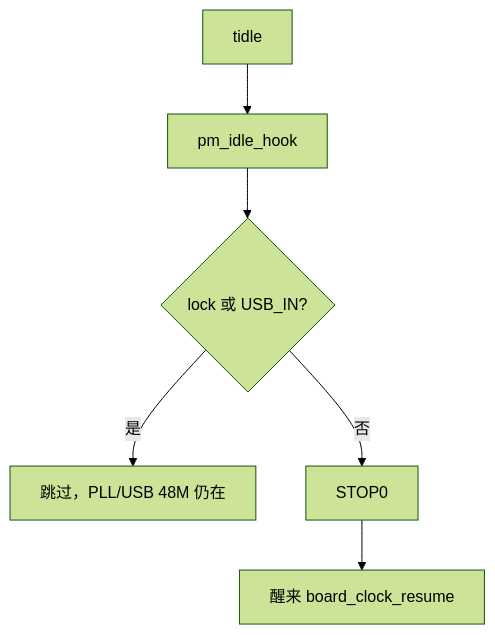
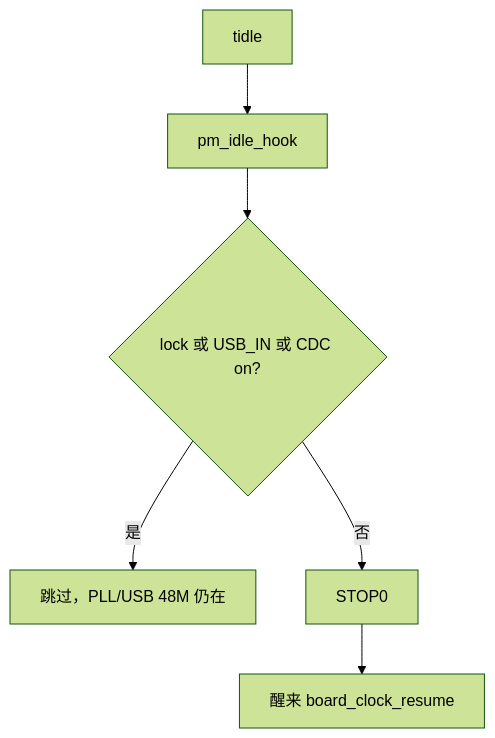
The first of 2 diagrams in BSP/pm/flow.md (fenglong2018/MB-A01-PRO), drawn with Mermaid (forest theme) before and after one commit. The commit also changed other lines of this file and 86 other files, not shown here.

````diff
--- a/BSP/pm/flow.md
+++ b/BSP/pm/flow.md
@@ -7,8 +7,8 @@
 ```mermaid
 flowchart TD
   I[tidle] --> H[pm_idle_hook]
-  H --> L{lock 或 USB_IN?}
+  H --> L{lock 或 USB_IN 或 CDC on?}
   L -->|是| S[跳过，PLL/USB 48M 仍在]
   L -->|否| T[STOP0]
   T --> R[醒来 board_clock_resume]
 ```
````
